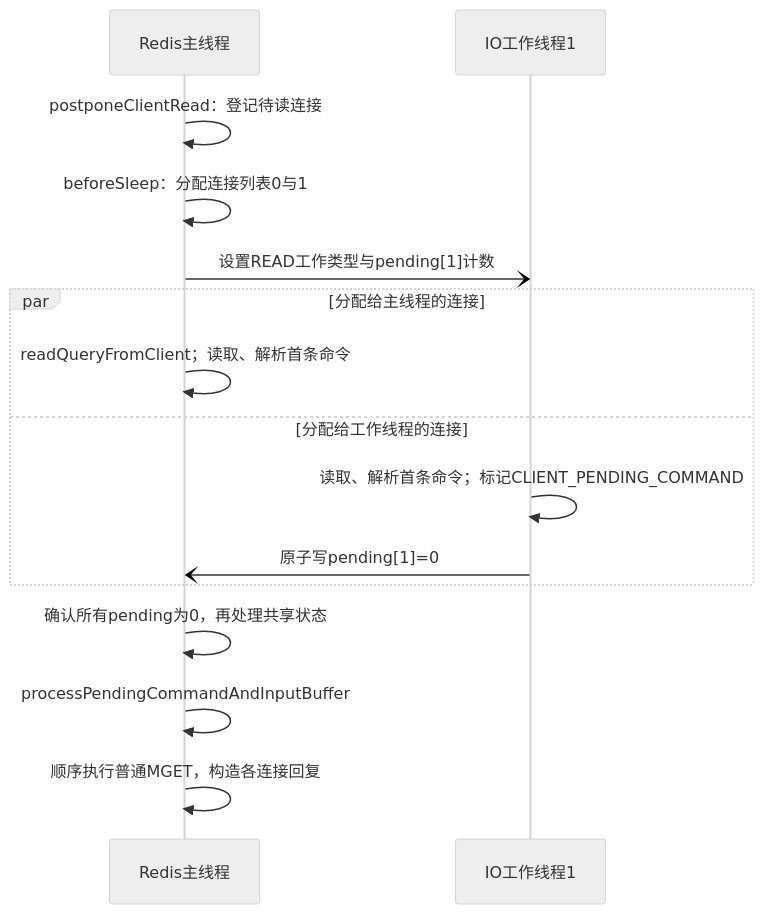
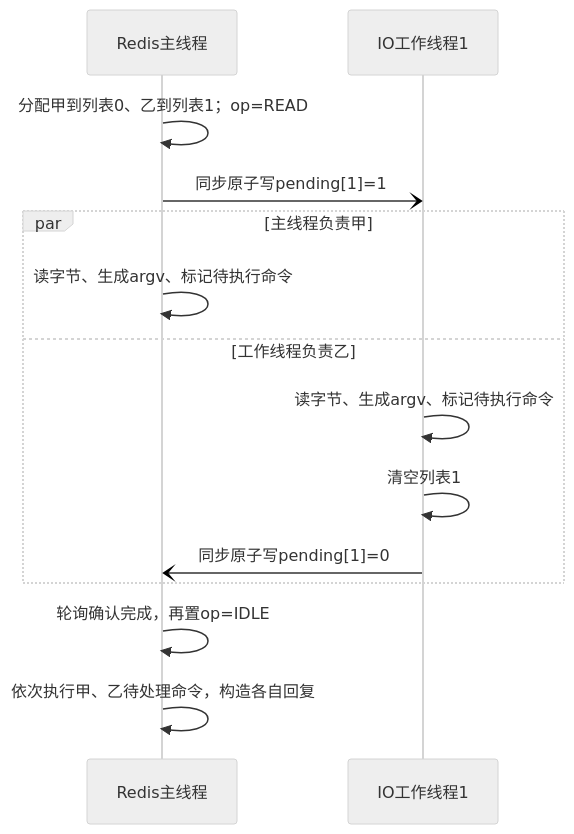
One commit to bitianyuan123/docs changed the diagram in diagrams/11_redis_workload_03.mmd. Above: the diagram before and after it, drawn with Mermaid (neutral theme). The commit also changed 149 other files, not shown here.

```diff
--- a/diagrams/11_redis_workload_03.mmd
+++ b/diagrams/11_redis_workload_03.mmd
@@ -1,15 +1,14 @@
 sequenceDiagram
     participant M as Redis主线程
     participant W as IO工作线程1
-    M->>M: postponeClientRead：登记待读连接
-    M->>M: beforeSleep：分配连接列表0与1
-    M-)W: 设置READ工作类型与pending[1]计数
-    par 分配给主线程的连接
-        M->>M: readQueryFromClient；读取、解析首条命令
-    and 分配给工作线程的连接
-        W->>W: 读取、解析首条命令；标记CLIENT_PENDING_COMMAND
-        W-)M: 原子写pending[1]=0
+    M->>M: 分配甲到列表0、乙到列表1；op=READ
+    M-)W: 同步原子写pending[1]=1
+    par 主线程负责甲
+        M->>M: 读字节、生成argv、标记待执行命令
+    and 工作线程负责乙
+        W->>W: 读字节、生成argv、标记待执行命令
+        W->>W: 清空列表1
+        W-)M: 同步原子写pending[1]=0
     end
-    M->>M: 确认所有pending为0，再处理共享状态
-    M->>M: processPendingCommandAndInputBuffer
-    M->>M: 顺序执行普通MGET，构造各连接回复
+    M->>M: 轮询确认完成，再置op=IDLE
+    M->>M: 依次执行甲、乙待处理命令，构造各自回复
```
